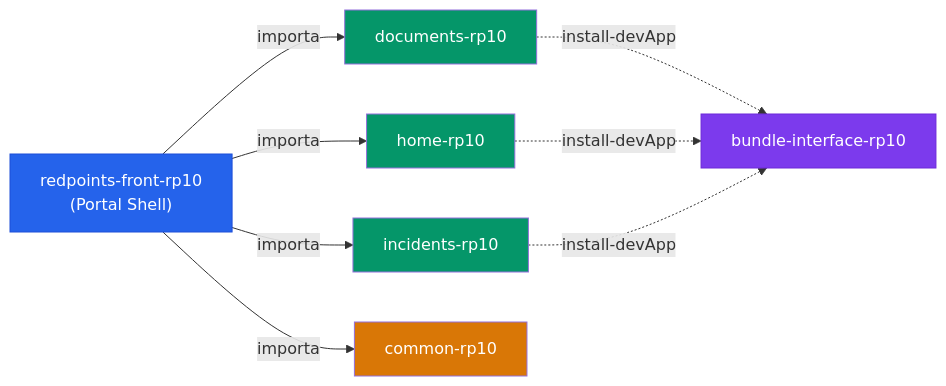
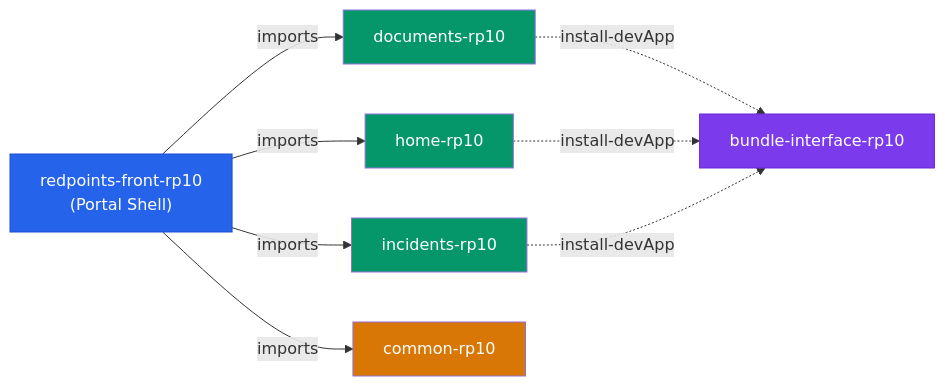
Before and after one commit to JorgeRojo/NodePi-tui: the diagram in DOCS/rp10_portal_detection_analysis.md, drawn with Mermaid. The commit also changed other lines of this file and 6 other files, not shown here.

````diff
--- a/DOCS/rp10_portal_detection_analysis.md
+++ b/DOCS/rp10_portal_detection_analysis.md
@@ -54,25 +54,25 @@
 ```mermaid
 graph LR
     Portal["redpoints-front-rp10<br/>(Portal Shell)"]
     Docs["documents-rp10"]
     Home["home-rp10"]
     Inc["incidents-rp10"]
     Common["common-rp10"]
     Bundle["bundle-interface-rp10"]
 
-    Portal -->|importa| Docs
-    Portal -->|importa| Home
-    Portal -->|importa| Inc
-    Portal -->|importa| Common
+    Portal -->|imports| Docs
+    Portal -->|imports| Home
+    Portal -->|imports| Inc
+    Portal -->|imports| Common
 
     Docs -.->|install-devApp| Bundle
     Home -.->|install-devApp| Bundle
     Inc -.->|install-devApp| Bundle
 
     style Portal fill:#2563eb,color:#fff,stroke:#1d4ed8
     style Bundle fill:#7c3aed,color:#fff,stroke:#6d28d9
     style Docs fill:#059669,color:#fff
     style Home fill:#059669,color:#fff
     style Inc fill:#059669,color:#fff
     style Common fill:#d97706,color:#fff
 ```
````
